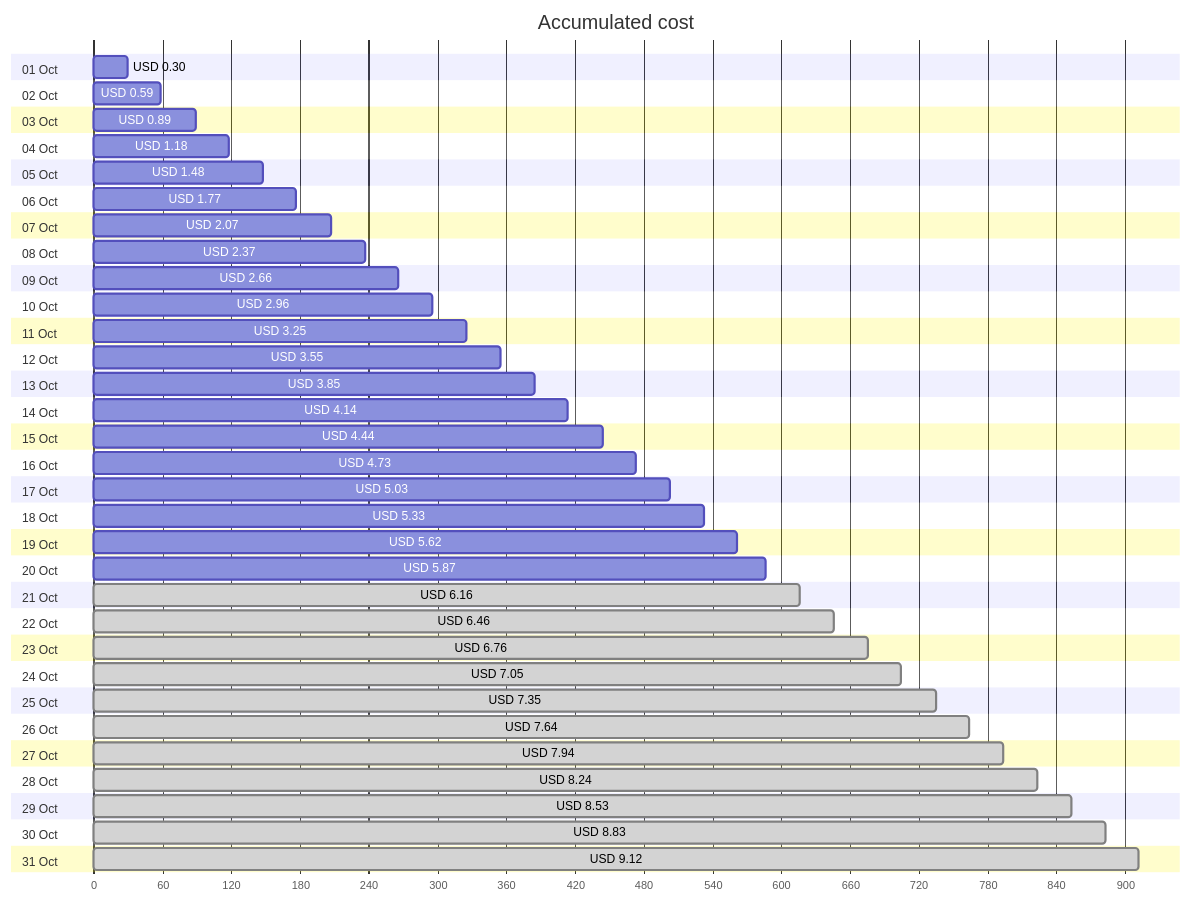
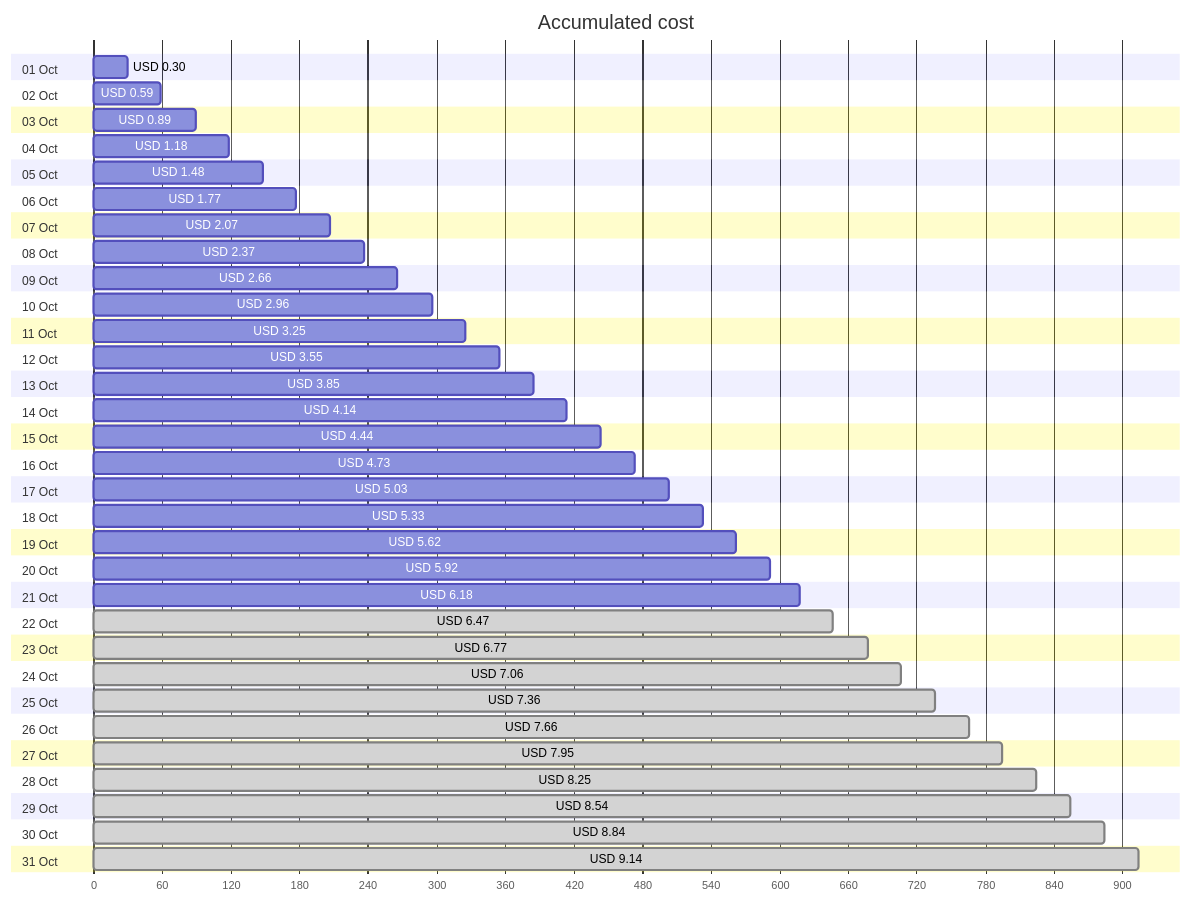
Before and after one commit to jpfulton/azure-personal-reports: the first of 4 diagrams in cost-reports/personal-site/personal-site.md, drawn with Mermaid. The commit also changed other lines of this file and 7 other files, not shown here.

````diff
--- a/cost-reports/personal-site/personal-site.md
+++ b/cost-reports/personal-site/personal-site.md
@@ -20,68 +20,68 @@
 ```mermaid
 gantt
    title Accumulated cost
    dateFormat  X
    axisFormat %s
    section 01 Oct
    USD 0.30 :0, 30
    section 02 Oct
    USD 0.59 :0, 59
    section 03 Oct
    USD 0.89 :0, 89
    section 04 Oct
    USD 1.18 :0, 118
    section 05 Oct
    USD 1.48 :0, 148
    section 06 Oct
    USD 1.77 :0, 177
    section 07 Oct
    USD 2.07 :0, 207
    section 08 Oct
    USD 2.37 :0, 237
    section 09 Oct
    USD 2.66 :0, 266
    section 10 Oct
    USD 2.96 :0, 296
    section 11 Oct
    USD 3.25 :0, 325
    section 12 Oct
    USD 3.55 :0, 355
    section 13 Oct
    USD 3.85 :0, 385
    section 14 Oct
    USD 4.14 :0, 414
    section 15 Oct
    USD 4.44 :0, 444
    section 16 Oct
    USD 4.73 :0, 473
    section 17 Oct
    USD 5.03 :0, 503
    section 18 Oct
    USD 5.33 :0, 533
    section 19 Oct
    USD 5.62 :0, 562
    section 20 Oct
-   USD 5.87 :0, 587
+   USD 5.92 :0, 592
    section 21 Oct
-   USD 6.16 : done, 0, 616
+   USD 6.18 :0, 618
    section 22 Oct
-   USD 6.46 : done, 0, 646
+   USD 6.47 : done, 0, 647
    section 23 Oct
-   USD 6.76 : done, 0, 676
+   USD 6.77 : done, 0, 677
    section 24 Oct
-   USD 7.05 : done, 0, 705
+   USD 7.06 : done, 0, 706
    section 25 Oct
-   USD 7.35 : done, 0, 735
+   USD 7.36 : done, 0, 736
    section 26 Oct
-   USD 7.64 : done, 0, 764
+   USD 7.66 : done, 0, 766
    section 27 Oct
-   USD 7.94 : done, 0, 794
+   USD 7.95 : done, 0, 795
    section 28 Oct
-   USD 8.24 : done, 0, 824
+   USD 8.25 : done, 0, 825
    section 29 Oct
-   USD 8.53 : done, 0, 853
+   USD 8.54 : done, 0, 854
    section 30 Oct
-   USD 8.83 : done, 0, 883
+   USD 8.84 : done, 0, 884
    section 31 Oct
-   USD 9.12 : done, 0, 912
+   USD 9.14 : done, 0, 914
 ```
````
